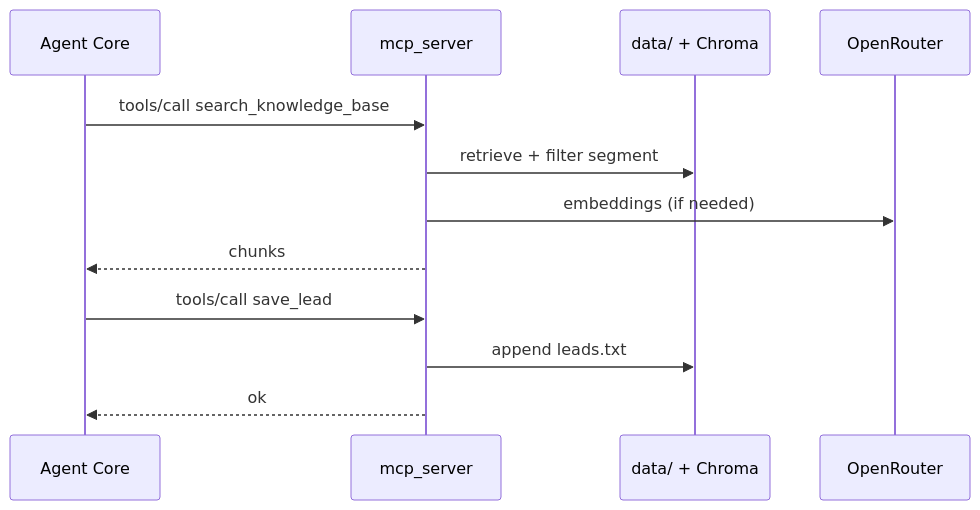
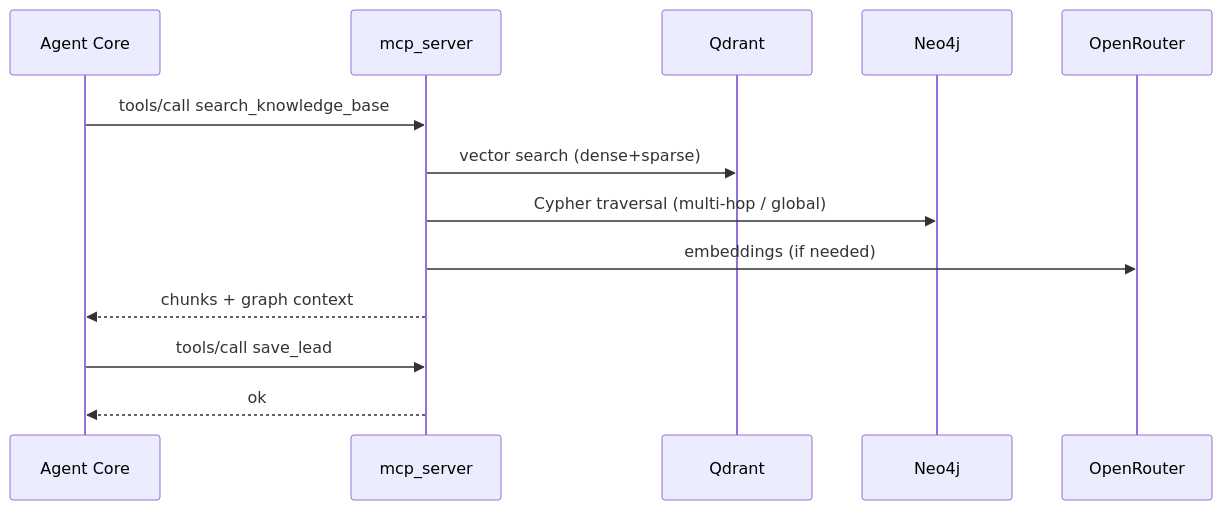
The second of 9 diagrams in docs/concept/architecture.md (vzolotopupov77/llmstart-agent), drawn with Mermaid before and after one commit. The commit also changed other lines of this file and 153 other files, not shown here.

Commit message:
ДЗ-6: GraphRAG (граф каталога, гибрид+реранкер, text2cypher, маршрутизация)

````diff
--- a/docs/concept/architecture.md
+++ b/docs/concept/architecture.md
@@ -82,15 +92,16 @@
 ```mermaid
 sequenceDiagram
     participant AC as Agent Core
     participant MCP as mcp_server
-    participant KB as data/ + Chroma
+    participant QD as Qdrant
+    participant N4J as Neo4j
     participant OR as OpenRouter
 
     AC->>MCP: tools/call search_knowledge_base
-    MCP->>KB: retrieve + filter segment
+    MCP->>QD: vector search (dense+sparse)
+    MCP->>N4J: Cypher traversal (multi-hop / global)
     MCP->>OR: embeddings (if needed)
-    MCP-->>AC: chunks
+    MCP-->>AC: chunks + graph context
     AC->>MCP: tools/call save_lead
-    MCP->>KB: append leads.txt
     MCP-->>AC: ok
 ```
````
